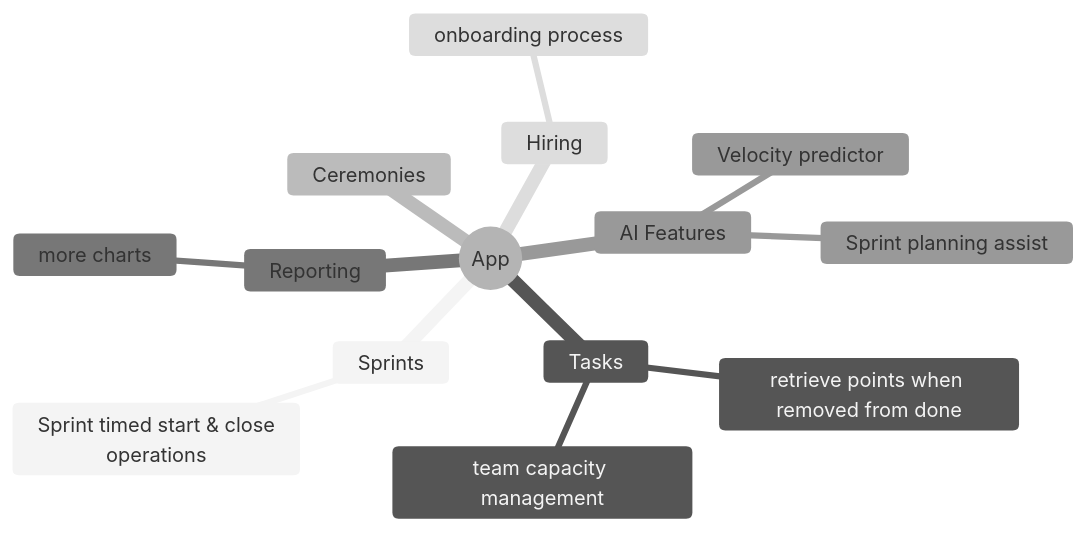
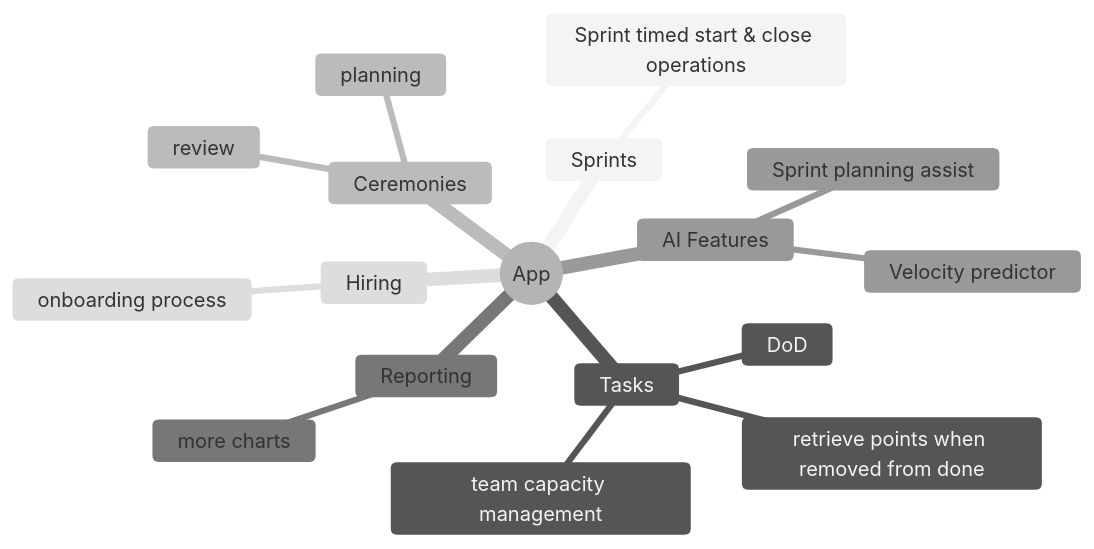
Before and after one commit to moad-cher/PFE: the diagram in README.md, drawn with Mermaid (neutral theme). The commit also changed 3 other files, not shown here.

````diff
--- a/README.md
+++ b/README.md
@@ -97,28 +97,30 @@
 ```mermaid
 mindmap
   root((App))
     Sprints
       %% Sprint state machine
       %% Incomplete stories
-      Sprint timed start & close <br> operations
+      Sprint timed start & close operations
     Tasks
+      DoD
       retrieve points when removed from done
       team capacity management
       %% State machine
       %% Assignee
       %% Done definition
     Ceremonies
-      %% Sprint planning
+      review
+      planning
       %% Retrospective
     Reporting
       more charts
       %% team workload
       %% Burndown chart
       %% Velocity history
     AI Features
       Sprint planning assist
       Velocity predictor
       %% Assignee suggester
     Hiring
       onboarding process
 ```
````
